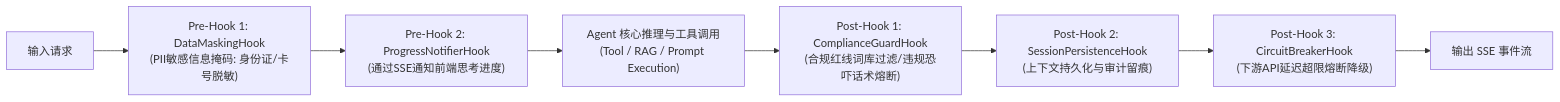
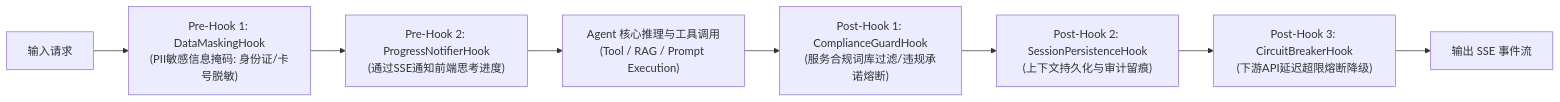
The fourth of 5 diagrams in docs/01-系统架构全景与实施规划.md (1264585648/spring-ai-agentflow), drawn with Mermaid before and after one commit. The commit also changed other lines of this file and 31 other files, not shown here.

````diff
--- a/docs/01-系统架构全景与实施规划.md
+++ b/docs/01-系统架构全景与实施规划.md
@@ -310,10 +310,10 @@
 ```mermaid
 flowchart LR
     A["输入请求"] --> B["Pre-Hook 1: DataMaskingHook<br/>(PII敏感信息掩码: 身份证/卡号脱敏)"]
     B --> C["Pre-Hook 2: ProgressNotifierHook<br/>(通过SSE通知前端思考进度)"]
     C --> D["Agent 核心推理与工具调用<br/>(Tool / RAG / Prompt Execution)"]
-    D --> E["Post-Hook 1: ComplianceGuardHook<br/>(合规红线词库过滤/违规恐吓话术熔断)"]
+    D --> E["Post-Hook 1: ComplianceGuardHook<br/>(服务合规词库过滤/违规承诺熔断)"]
     E --> F["Post-Hook 2: SessionPersistenceHook<br/>(上下文持久化与审计留痕)"]
     F --> G["Post-Hook 3: CircuitBreakerHook<br/>(下游API延迟超限熔断降级)"]
     G --> H["输出 SSE 事件流"]
 ```
````
